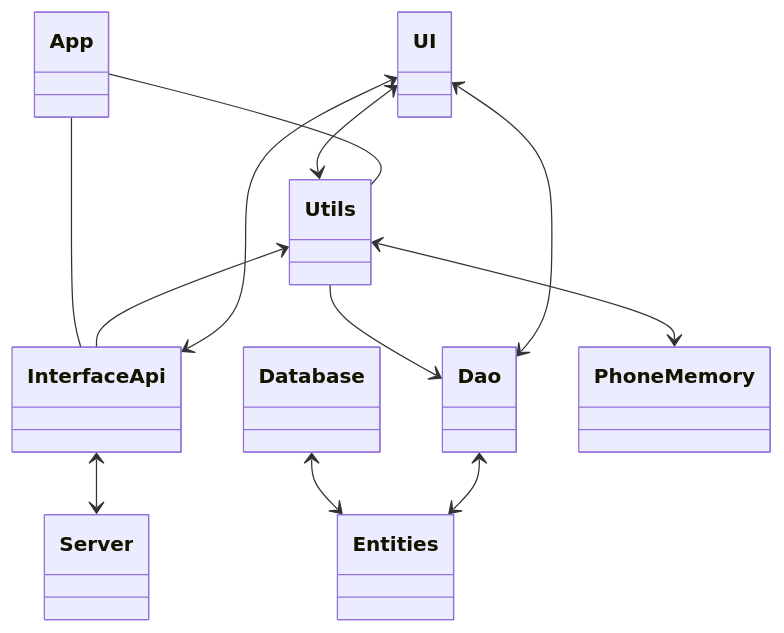
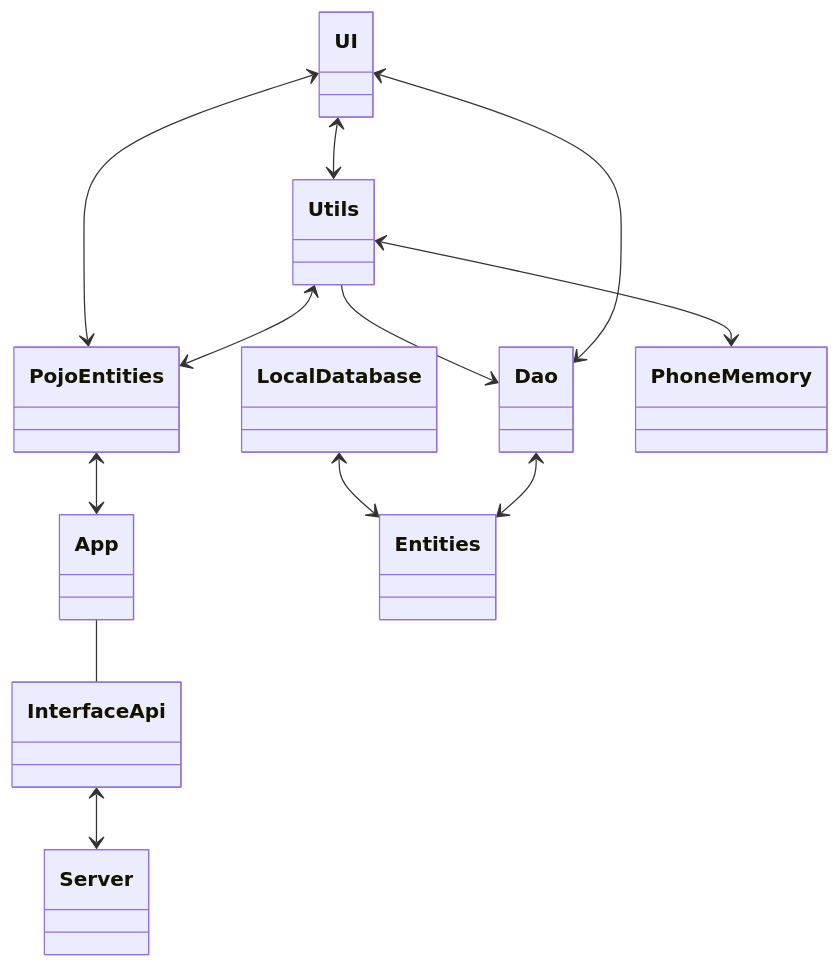
The first of 2 diagrams in docs/architecture.md (bartlomiejkrawczyk/PAP-21Z), drawn with Mermaid before and after one commit.

Commit message:
Mobile diagram updated

````diff
--- a/docs/architecture.md
+++ b/docs/architecture.md
@@ -3,25 +3,27 @@
 ```mermaid
 classDiagram
     class App
     class InterfaceApi
     class Utils
     class Entities
+    class PojoEntities
     class UI
-    class Database
+    class LocalDatabase
     class Dao
 
+    PojoEntities <--> App
+    UI <--> PojoEntities
+    Utils <--> PojoEntities
+
     App -- InterfaceApi
-    Utils <-- InterfaceApi
     Utils --> Dao
     Utils <--> PhoneMemory
 
-    Database <--> Entities
+    LocalDatabase <--> Entities
     Dao <--> Entities
 
     UI <--> Dao
     UI <--> Utils
-    UI <--> InterfaceApi
-    App -- Utils
 
     InterfaceApi <--> Server
 ```
````
